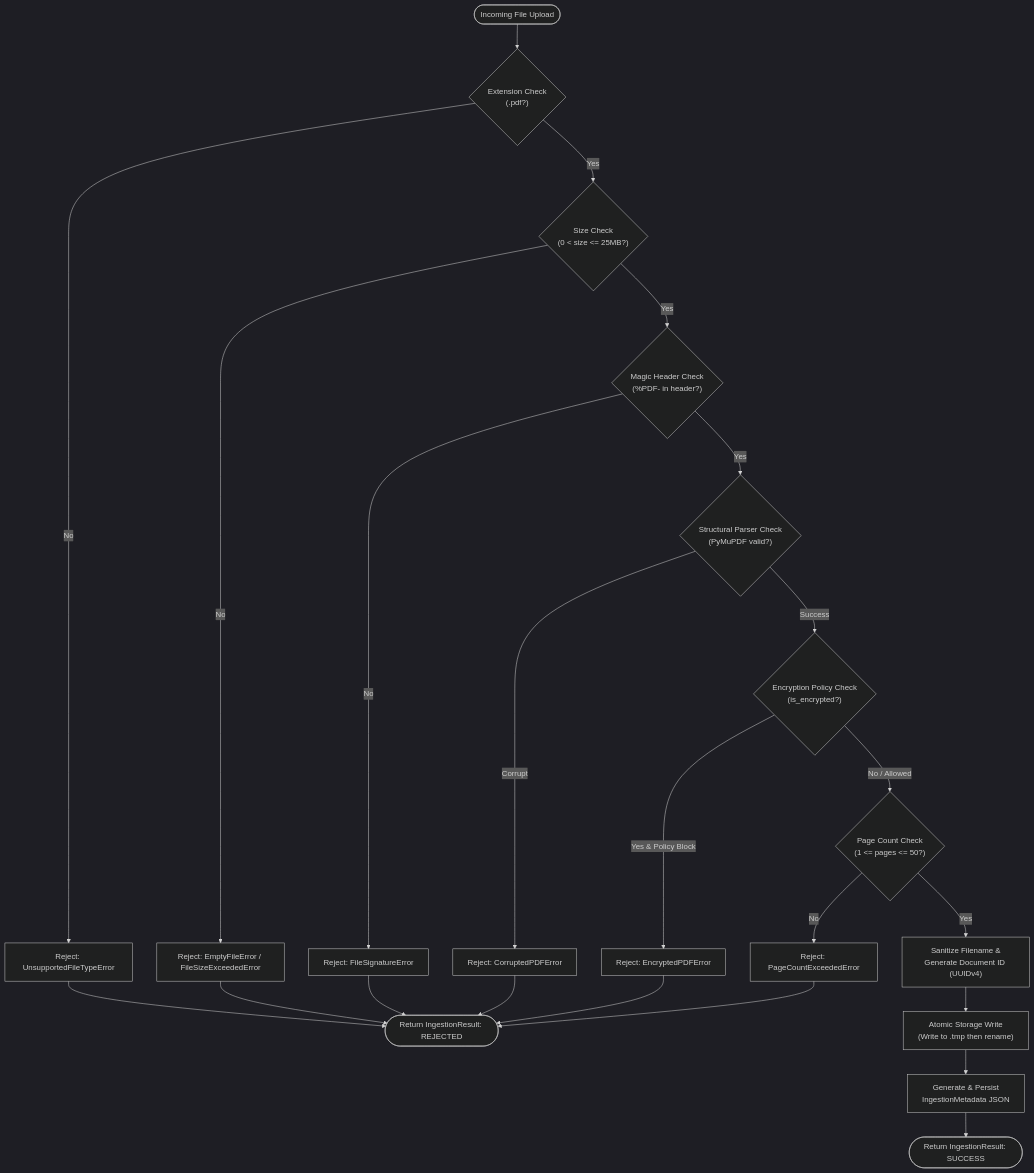
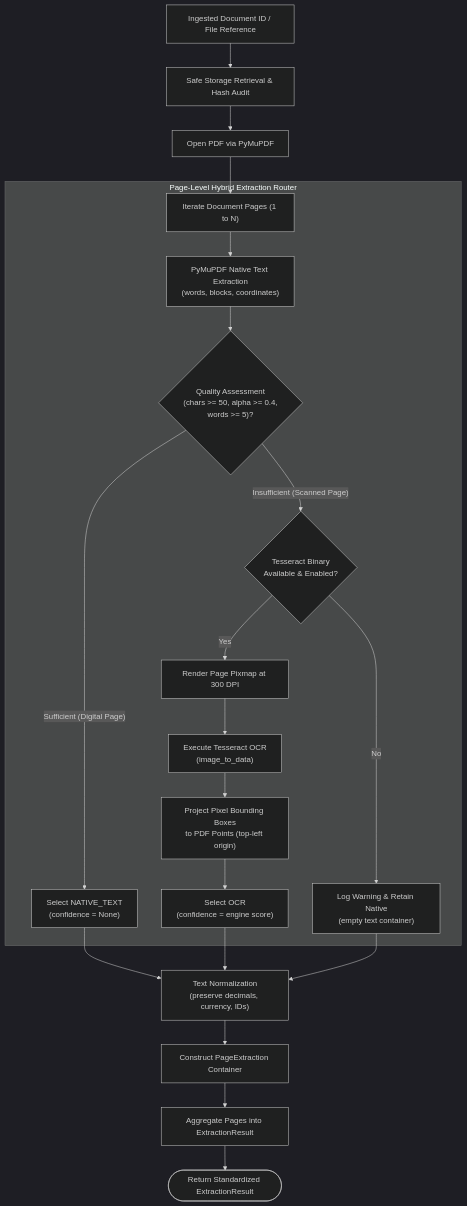
Before and after one commit to ThunderSkull7/DocuMind: the second of 2 diagrams in docs/architecture.md, drawn with Mermaid (dark theme). The commit also changed other lines of this file and 24 other files, not shown here.

Commit message:
feat: complete Phase 3 hybrid PDF text extraction and OCR pipeline

````diff
--- a/docs/architecture.md
+++ b/docs/architecture.md
@@ -62,26 +60,25 @@
 ```mermaid
 flowchart TD
-    Start(["Incoming File Upload"]) --> ExtCheck{"Extension Check<br/>(.pdf?)"}
-    ExtCheck -- No --> RejectExt["Reject: UnsupportedFileTypeError"]
-    ExtCheck -- Yes --> SizeCheck{"Size Check<br/>(0 < size <= 25MB?)"}
-    SizeCheck -- No --> RejectSize["Reject: EmptyFileError / FileSizeExceededError"]
-    SizeCheck -- Yes --> MagicCheck{"Magic Header Check<br/>(%PDF- in header?)"}
-    MagicCheck -- No --> RejectMagic["Reject: FileSignatureError"]
-    MagicCheck -- Yes --> ParserCheck{"Structural Parser Check<br/>(PyMuPDF valid?)"}
-    ParserCheck -- Corrupt --> RejectParser["Reject: CorruptedPDFError"]
-    ParserCheck -- Success --> EncryptCheck{"Encryption Policy Check<br/>(is_encrypted?)"}
-    EncryptCheck -- Yes & Policy Block --> RejectEncrypt["Reject: EncryptedPDFError"]
-    EncryptCheck -- No / Allowed --> PageCheck{"Page Count Check<br/>(1 <= pages <= 50?)"}
-    PageCheck -- No --> RejectPages["Reject: PageCountExceededError"]
-    PageCheck -- Yes --> Sanitize["Sanitize Filename &<br/>Generate Document ID (UUIDv4)"]
-    Sanitize --> AtomicWrite["Atomic Storage Write<br/>(Write to .tmp then rename)"]
-    AtomicWrite --> GenMeta["Generate & Persist<br/>IngestionMetadata JSON"]
-    GenMeta --> Success(["Return IngestionResult: SUCCESS"])
+    DocRef["Ingested Document ID / File Reference"] --> Retrieve["Safe Storage Retrieval & Hash Audit"]
+    Retrieve --> OpenDoc["Open PDF via PyMuPDF"]
+    OpenDoc --> PageLoop["Iterate Document Pages (1 to N)"]
 
-    RejectExt --> FailResult(["Return IngestionResult: REJECTED"])
-    RejectSize --> FailResult
-    RejectMagic --> FailResult
-    RejectParser --> FailResult
-    RejectEncrypt --> FailResult
-    RejectPages --> FailResult
+    subgraph PageRouter ["Page-Level Hybrid Extraction Router"]
+        PageLoop --> NativeExtract["PyMuPDF Native Text Extraction<br/>(words, blocks, coordinates)"]
+        NativeExtract --> QualityCheck{"Quality Assessment<br/>(chars >= 50, alpha >= 0.4,<br/>words >= 5)?"}
+        QualityCheck -- "Sufficient (Digital Page)" --> SelectNative["Select NATIVE_TEXT<br/>(confidence = None)"]
+        QualityCheck -- "Insufficient (Scanned Page)" --> CheckOCR{"Tesseract Binary<br/>Available & Enabled?"}
+        CheckOCR -- Yes --> RenderImage["Render Page Pixmap at 300 DPI"]
+        RenderImage --> TesseractOCR["Execute Tesseract OCR<br/>(image_to_data)"]
+        TesseractOCR --> ProjectCoords["Project Pixel Bounding Boxes<br/>to PDF Points (top-left origin)"]
+        ProjectCoords --> SelectOCR["Select OCR<br/>(confidence = engine score)"]
+        CheckOCR -- No --> LogWarn["Log Warning & Retain Native<br/>(empty text container)"]
+    end
+
+    SelectNative --> Norm["Text Normalization<br/>(preserve decimals, currency, IDs)"]
+    SelectOCR --> Norm
+    LogWarn --> Norm
+    Norm --> PageResult["Construct PageExtraction Container"]
+    PageResult --> Aggregate["Aggregate Pages into ExtractionResult"]
+    Aggregate --> ReturnResult(["Return Standardized ExtractionResult"])
 ```
````
